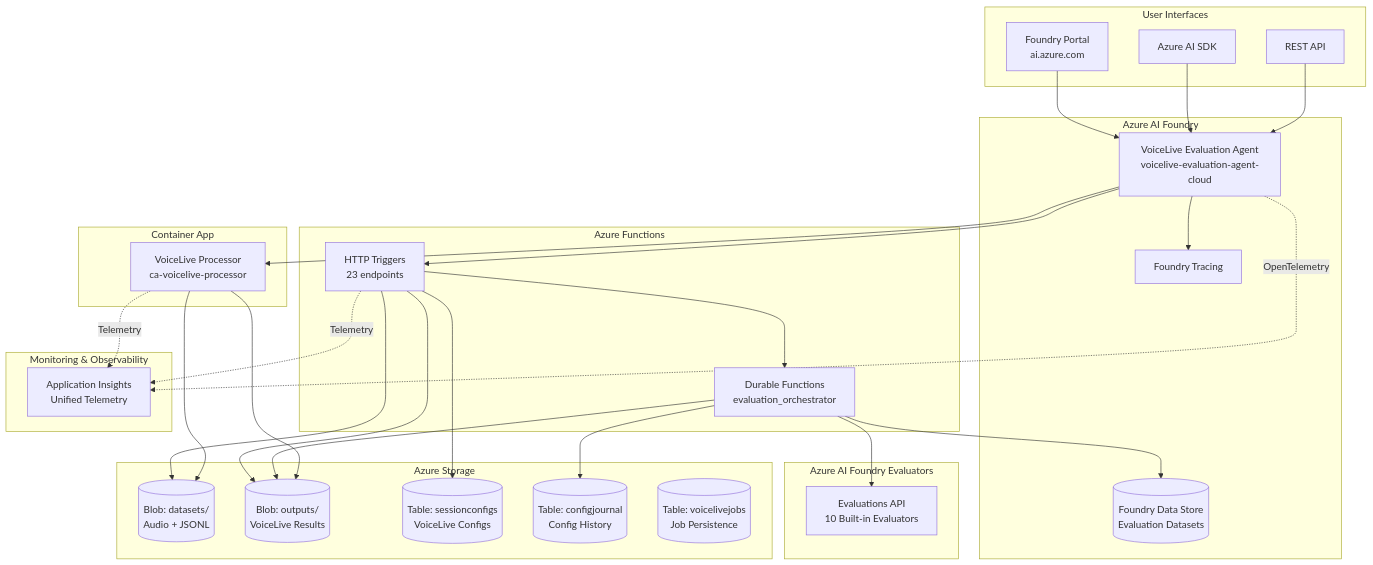
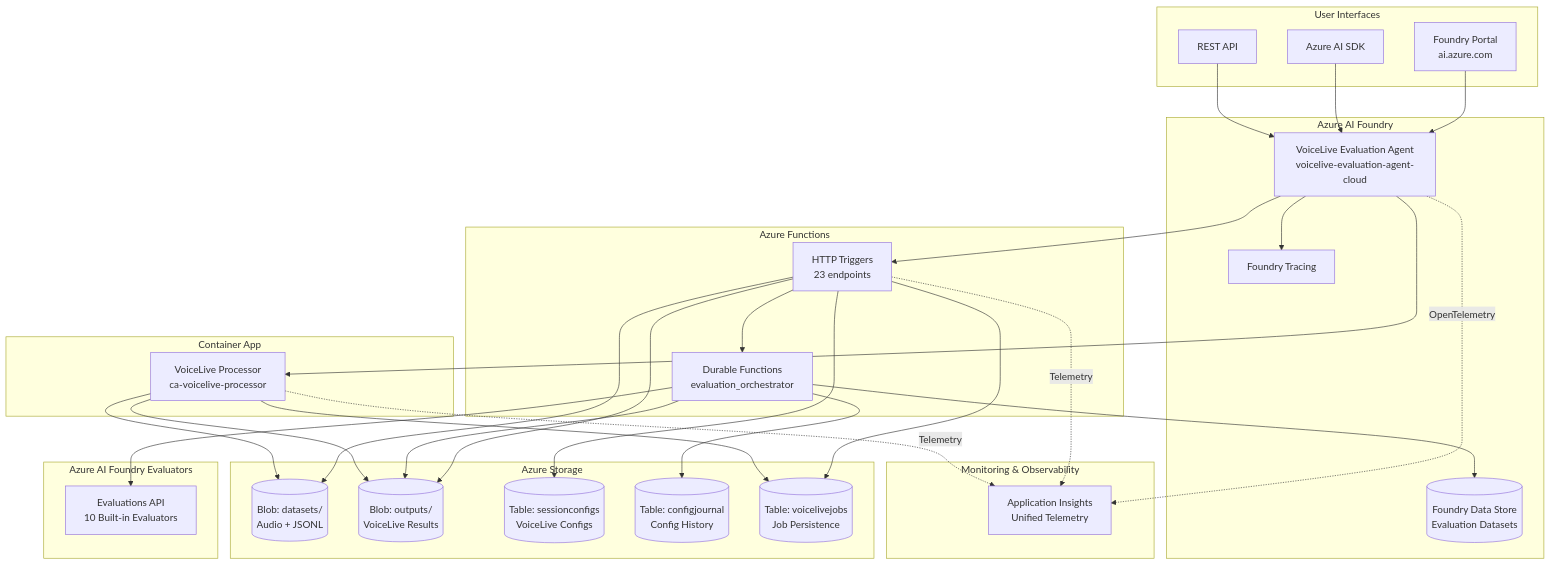
One commit to microsoft-foundry/voicelive-evaluation changed the first of 22 diagrams in evaluation_agent/ARCHITECTURE.md. Above: the diagram before and after it, drawn with Mermaid. The commit also changed 1 other file, not shown here.

Commit message:
Fix missing Optional import, add voicelivejobs arrows to diagram

````diff
--- a/evaluation_agent/ARCHITECTURE.md
+++ b/evaluation_agent/ARCHITECTURE.md
@@ -11,59 +11,61 @@
 ```mermaid
 graph TB
     subgraph "User Interfaces"
         FP[Foundry Portal<br/>ai.azure.com]
         SDK[Azure AI SDK]
         API[REST API]
     end
     
     subgraph "Azure AI Foundry"
         Agent[VoiceLive Evaluation Agent<br/>voicelive-evaluation-agent-cloud]
         Trace[Foundry Tracing]
         FDS[(Foundry Data Store<br/>Evaluation Datasets)]
     end
     
     subgraph "Azure Functions"
         HTTP[HTTP Triggers<br/>23 endpoints]
         Durable[Durable Functions<br/>evaluation_orchestrator]
     end
     
     subgraph "Container App"
         VL[VoiceLive Processor<br/>ca-voicelive-processor]
     end
     
     subgraph "Azure Storage"
         DS[(Blob: datasets/<br/>Audio + JSONL)]
         OUT[(Blob: outputs/<br/>VoiceLive Results)]
         TBL1[(Table: sessionconfigs<br/>VoiceLive Configs)]
         TBL2[(Table: configjournal<br/>Config History)]
         TBL3[(Table: voicelivejobs<br/>Job Persistence)]
     end
     
     subgraph "Monitoring & Observability"
         AI[Application Insights<br/>Unified Telemetry]
     end
     
     subgraph "Azure AI Foundry Evaluators"
         EVAL[Evaluations API<br/>10 Built-in Evaluators]
     end
     
     FP --> Agent
     SDK --> Agent
     API --> Agent
     Agent --> HTTP
     Agent --> VL
     Agent --> Trace
     Agent -.->|OpenTelemetry| AI
     HTTP --> Durable
     HTTP --> DS
     HTTP --> OUT
     HTTP --> TBL1
+    HTTP --> TBL3
     HTTP -.->|Telemetry| AI
     Durable --> FDS
     Durable --> EVAL
     Durable --> OUT
     Durable --> TBL2
     VL --> DS
     VL --> OUT
+    VL --> TBL3
     VL -.->|Telemetry| AI
 ```
````
